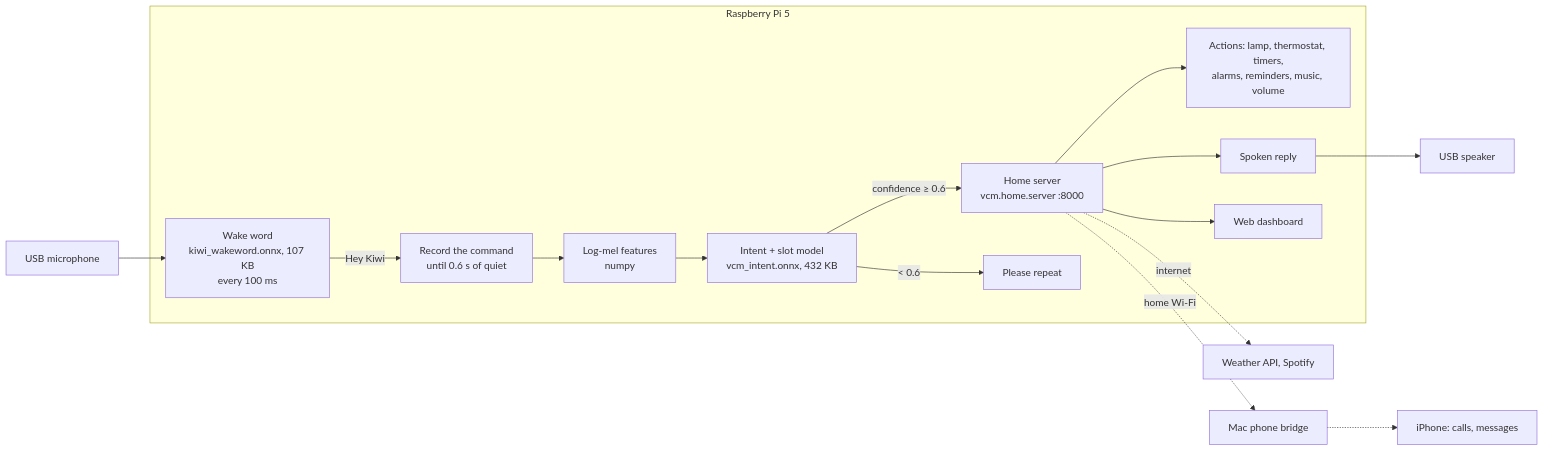
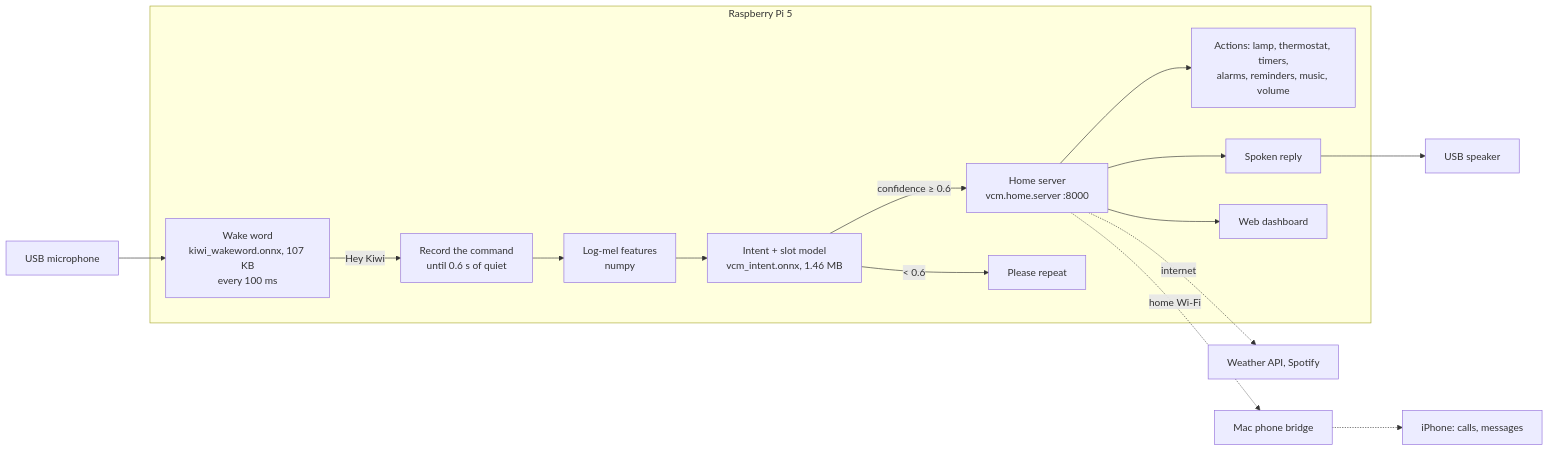
One commit to quielq/quielq-vcm changed the diagram in docs/ARCHITECTURE.md. Above: the diagram before and after it, drawn with Mermaid. The commit also changed 160 other files, not shown here.

````diff
--- a/docs/ARCHITECTURE.md
+++ b/docs/ARCHITECTURE.md
@@ -41,17 +41,17 @@
 ```mermaid
 flowchart LR
     MIC[USB microphone] --> WAKE
     subgraph PI[Raspberry Pi 5]
         WAKE["Wake word<br/>kiwi_wakeword.onnx, 107 KB<br/>every 100 ms"] -->|"Hey Kiwi"| REC["Record the command<br/>until 0.6 s of quiet"]
         REC --> FEAT["Log-mel features<br/>numpy"]
-        FEAT --> MODEL["Intent + slot model<br/>vcm_intent.onnx, 432 KB"]
+        FEAT --> MODEL["Intent + slot model<br/>vcm_intent.onnx, 1.46 MB"]
         MODEL -->|"confidence ≥ 0.6"| HOME["Home server<br/>vcm.home.server :8000"]
         MODEL -->|"< 0.6"| REPEAT["Please repeat"]
         HOME --> ACT["Actions: lamp, thermostat, timers,<br/>alarms, reminders, music, volume"]
         HOME --> TTS[Spoken reply]
         HOME --> DASH[Web dashboard]
     end
     TTS --> SPK[USB speaker]
     HOME -.->|internet| API["Weather API, Spotify"]
     HOME -.->|home Wi-Fi| MAC["Mac phone bridge"] -.-> PHONE[iPhone: calls, messages]
 ```
````
